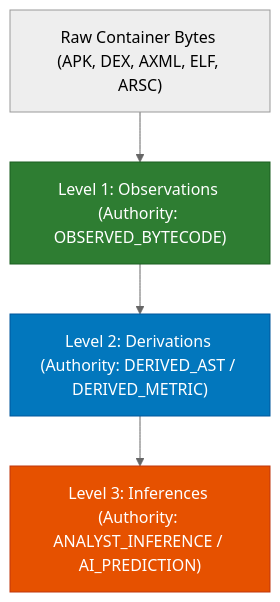
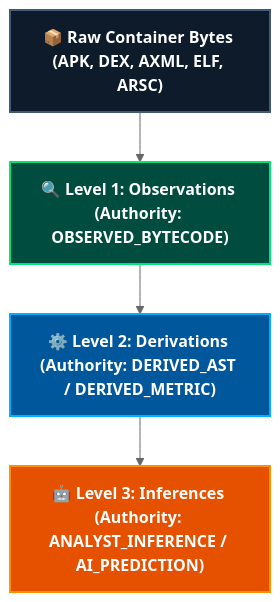
Before and after one commit to cingxcong/RAA: the first of 3 diagrams in docs/DESIGN.md, drawn with Mermaid (neutral theme). The commit also changed other lines of this file and 135 other files, not shown here.

Commit message:
feat(v3.0.0): finalize RAA v3.0.0 production release and v4.0.0 master roadmap

````diff
--- a/docs/DESIGN.md
+++ b/docs/DESIGN.md
@@ -25,10 +25,11 @@
 ```mermaid
 flowchart TD
-    Raw["Raw Container Bytes (APK, DEX, AXML, ELF, ARSC)"] --> Obs["Level 1: Observations (Authority: OBSERVED_BYTECODE)"]
-    Obs --> Der["Level 2: Derivations (Authority: DERIVED_AST / DERIVED_METRIC)"]
-    Der --> Inf["Level 3: Inferences (Authority: ANALYST_INFERENCE / AI_PREDICTION)"]
-    
-    style Obs fill:#2E7D32,stroke:#1B5E20,color:#fff
-    style Der fill:#0277BD,stroke:#01579B,color:#fff
-    style Inf fill:#E65100,stroke:#BF360C,color:#fff
+    classDef raw fill:#0D1B2A,stroke:#415A77,stroke-width:2px,color:#FFFFFF,font-weight:bold;
+    classDef obs fill:#004D40,stroke:#00E676,stroke-width:2px,color:#FFFFFF,font-weight:bold;
+    classDef der fill:#01579B,stroke:#00B0FF,stroke-width:2px,color:#FFFFFF,font-weight:bold;
+    classDef inf fill:#E65100,stroke:#FF9100,stroke-width:2px,color:#FFFFFF,font-weight:bold;
+
+    Raw["📦 Raw Container Bytes (APK, DEX, AXML, ELF, ARSC)"]:::raw --> Obs["🔍 Level 1: Observations (Authority: OBSERVED_BYTECODE)"]:::obs
+    Obs --> Der["⚙️ Level 2: Derivations (Authority: DERIVED_AST / DERIVED_METRIC)"]:::der
+    Der --> Inf["🤖 Level 3: Inferences (Authority: ANALYST_INFERENCE / AI_PREDICTION)"]:::inf
 ```
````
